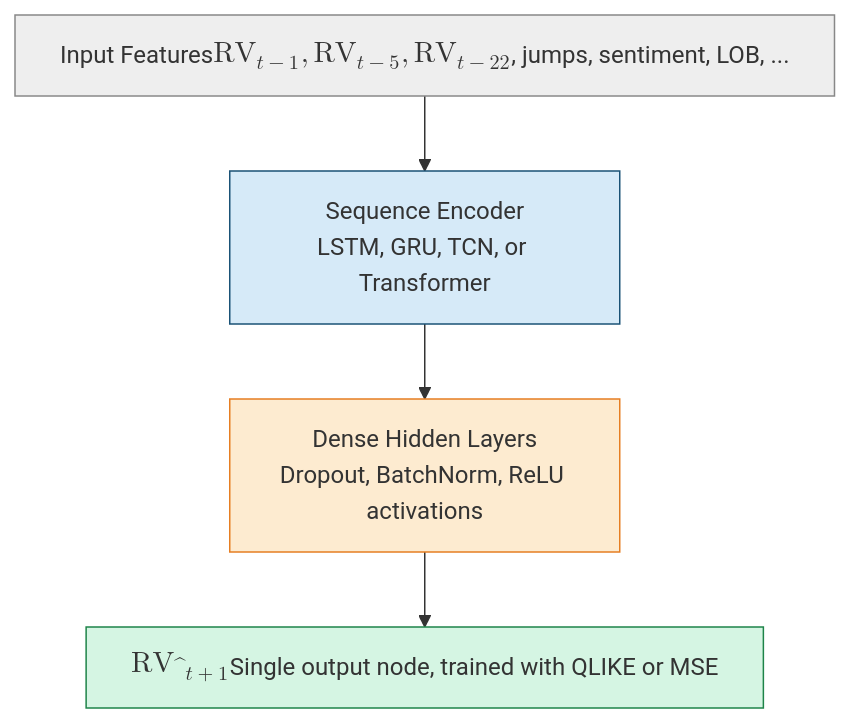
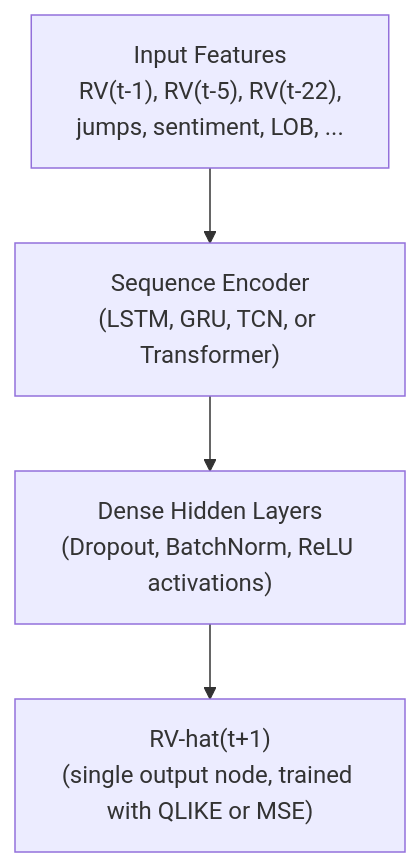
Before and after one commit to xRyann2255/ML-GS: the second of 4 diagrams in vol-learning-guide/markdown/ch12b-deep-learning-vol.md, drawn with Mermaid. The commit also changed other lines of this file and 19 other files, not shown here.

````diff
--- a/vol-learning-guide/markdown/ch12b-deep-learning-vol.md
+++ b/vol-learning-guide/markdown/ch12b-deep-learning-vol.md
@@ -140,18 +125,6 @@
 ```mermaid
 flowchart TD
-    input["Input Features<br/>$$\operatorname{RV}_{t-1}, \operatorname{RV}_{t-5}, \operatorname{RV}_{t-22}$$, jumps, sentiment, LOB, ..."]
-    encoder["Sequence Encoder<br/>LSTM, GRU, TCN, or Transformer"]
-    hidden["Dense Hidden Layers<br/>Dropout, BatchNorm, ReLU activations"]
-    output["$$\widehat{\operatorname{RV}}_{t+1}$$<br/>Single output node, trained with QLIKE or MSE"]
-
-    input --> encoder --> hidden --> output
-
-    classDef data fill:#eeeeee,stroke:#888888;
-    classDef enc fill:#d6eaf8,stroke:#1a5276;
-    classDef hid fill:#fdebd0,stroke:#e67e22;
-    classDef out fill:#d5f5e3,stroke:#1e8449;
-    class input data;
-    class encoder enc;
-    class hidden hid;
-    class output out;
+  input["Input Features<br/>RV(t-1), RV(t-5), RV(t-22),<br/>jumps, sentiment, LOB, ..."] --> encoder["Sequence Encoder<br/>(LSTM, GRU, TCN, or Transformer)"]
+  encoder --> hidden["Dense Hidden Layers<br/>(Dropout, BatchNorm, ReLU activations)"]
+  hidden --> output["RV-hat(t+1)<br/>(single output node, trained with QLIKE or MSE)"]
 ```
````
